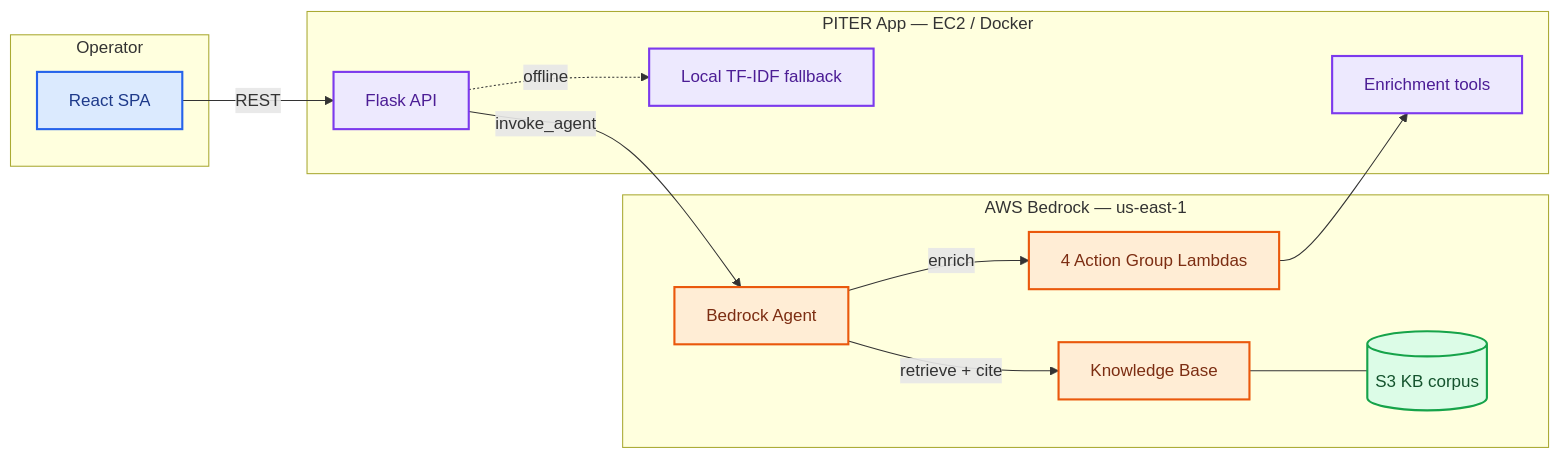
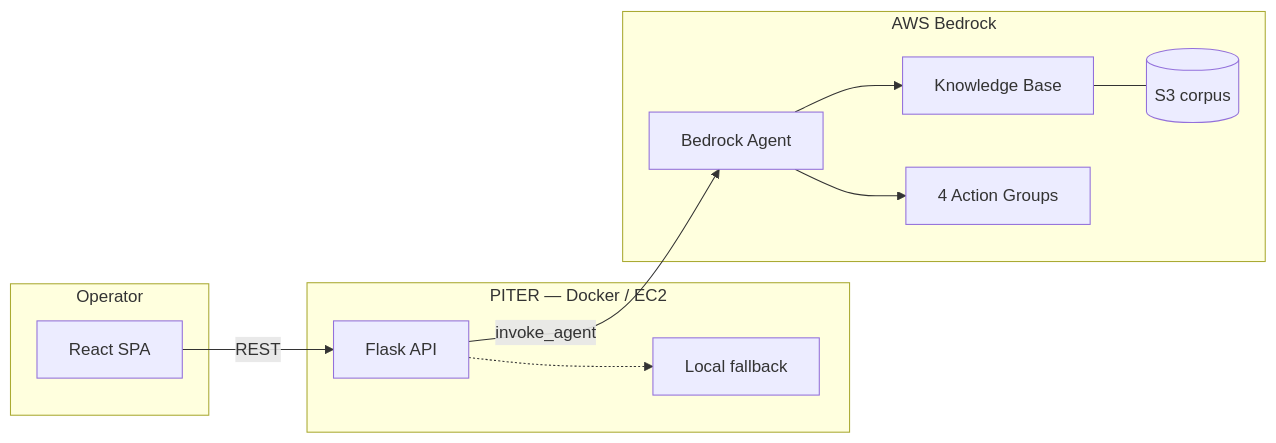
One commit to reem-mor/piter-aiops changed the diagram in README.md. Above: the diagram before and after it, drawn with Mermaid. The commit also changed other lines of this file and 2 other files, not shown here.

First line of the commit message:
Polish portfolio README and fix agent service unit test.

````diff
--- a/README.md
+++ b/README.md
@@ -173,33 +77,22 @@
 ```mermaid
 flowchart LR
   subgraph client [Operator]
     SPA[React SPA]
   end
-  subgraph app [PITER App — EC2 / Docker]
+  subgraph app [PITER — Docker / EC2]
     Flask[Flask API]
-    LocalRAG[Local TF-IDF fallback]
-    Tools[Enrichment tools]
+    LocalRAG[Local fallback]
   end
-  subgraph aws [AWS Bedrock — us-east-1]
+  subgraph aws [AWS Bedrock]
     Agent[Bedrock Agent]
     KB[Knowledge Base]
-    Lambdas[4 Action Group Lambdas]
-    S3[(S3 KB corpus)]
+    AG[4 Action Groups]
+    S3[(S3 corpus)]
   end
   SPA -->|REST| Flask
   Flask -->|invoke_agent| Agent
-  Flask -.->|offline| LocalRAG
-  Agent -->|retrieve + cite| KB
-  Agent -->|enrich| Lambdas
+  Flask -.-> LocalRAG
+  Agent --> KB
+  Agent --> AG
   KB --- S3
-  Lambdas --> Tools
-
-  classDef clientStyle fill:#dbeafe,stroke:#2563eb,stroke-width:2px,color:#1e3a8a
-  classDef appStyle fill:#ede9fe,stroke:#7c3aed,stroke-width:2px,color:#4c1d95
-  classDef awsStyle fill:#ffedd5,stroke:#ea580c,stroke-width:2px,color:#7c2d12
-  classDef dataStyle fill:#dcfce7,stroke:#16a34a,stroke-width:2px,color:#14532d
-  class SPA clientStyle
-  class Flask,LocalRAG,Tools appStyle
-  class Agent,KB,Lambdas awsStyle
-  class S3 dataStyle
 ```
````
